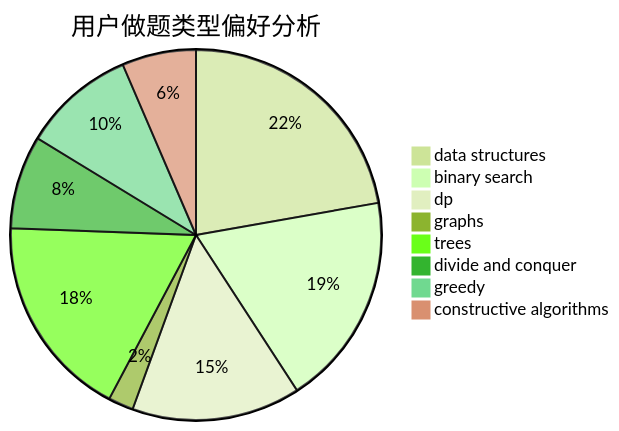
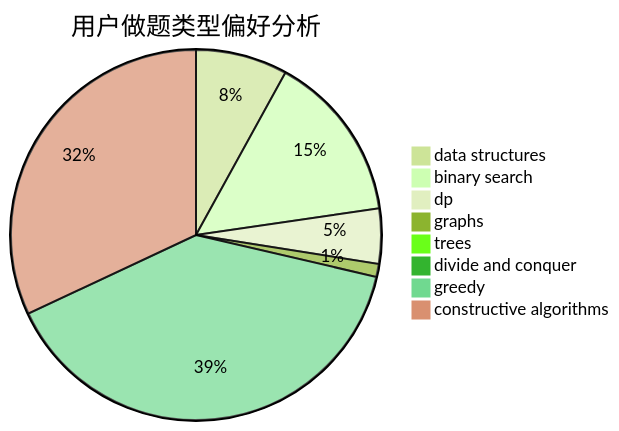
Before and after one commit to sherpahu/cfrs.github.io: the second of 3 diagrams in docs/user/u232.md, drawn with Mermaid (forest theme). The commit also changed other lines of this file and 2770 other files, not shown here.

````diff
--- a/docs/user/u232.md
+++ b/docs/user/u232.md
@@ -23,11 +23,11 @@
 ```mermaid
 pie title 用户做题类型偏好分析
-    "data structures" :  172
-    "binary search" :  144
-    "dp" :  114
+    "data structures" :  120
+    "binary search" :  220
+    "dp" :  72
     "graphs" :  17
-    "trees" :  138
-    "divide and conquer" :  63
-    "greedy" :  76
-    "constructive algorithms" :  50
+    "trees" :  4
+    "divide and conquer" :  0
+    "greedy" :  590
+    "constructive algorithms" :  479
 ```
````
